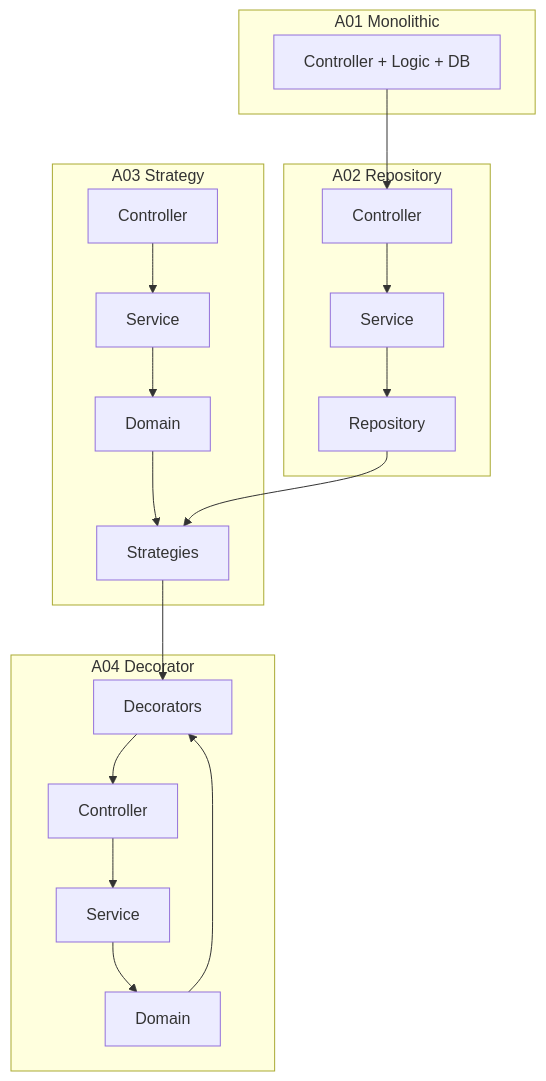
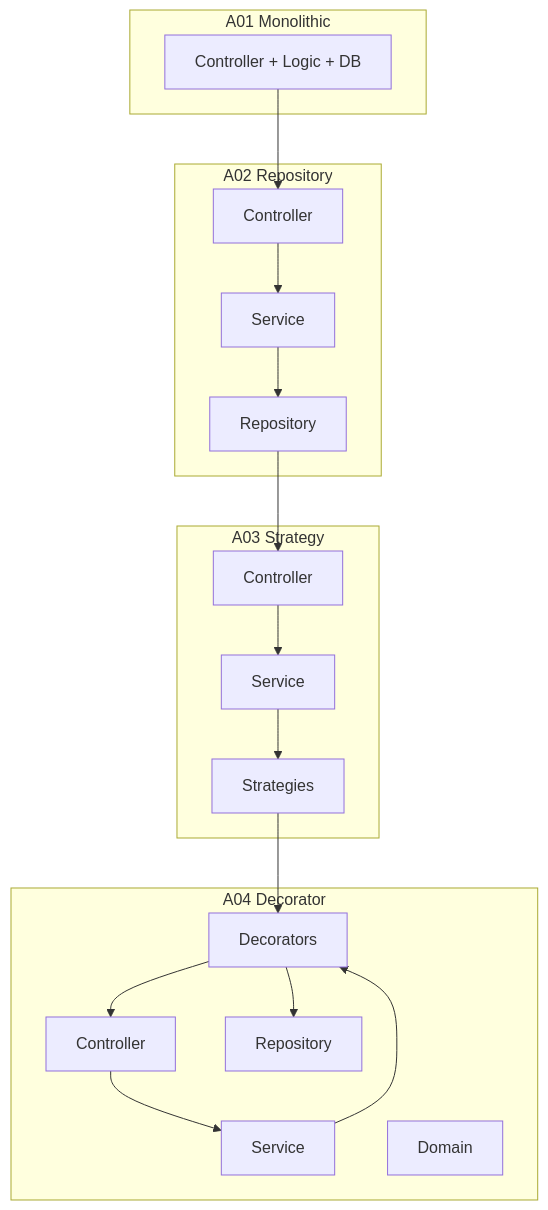
The sixth of 6 diagrams in README.md (MMoza/reservations), drawn with Mermaid before and after one commit.

Commit message:
upgrade flowchart evolution

````diff
--- a/README.md
+++ b/README.md
@@ -552,40 +552,40 @@
 ```mermaid
 flowchart TD
 
     %% Top Row
     subgraph A01 Monolithic
         M1["Controller + Logic + DB"]
     end
 
     subgraph A02 Repository
         C2[Controller]
         S2[Service]
         R2[Repository]
         C2 --> S2 --> R2
     end
 
     %% Bottom Row
     subgraph A03 Strategy
         C3[Controller]
         S3[Service]
-        D3[Domain]
         ST3[Strategies]
-        C3 --> S3 --> D3 --> ST3
+        C3 --> S3 --> ST3
     end
 
     subgraph A04 Decorator
         C4[Controller]
         S4[Service]
         D4[Domain]
         DE4[Decorators]
-        C4 --> S4 --> D4 --> DE4
+        R3[Repository]
+        C4 --> S4 --> DE4 --> R3
     end
 
     %% Layout connections (square shape)
     M1 --> C2
 
-    R2 --> ST3
+    R2 --> C3
     ST3 --> DE4
 
     DE4 --> C4
 ```
````
